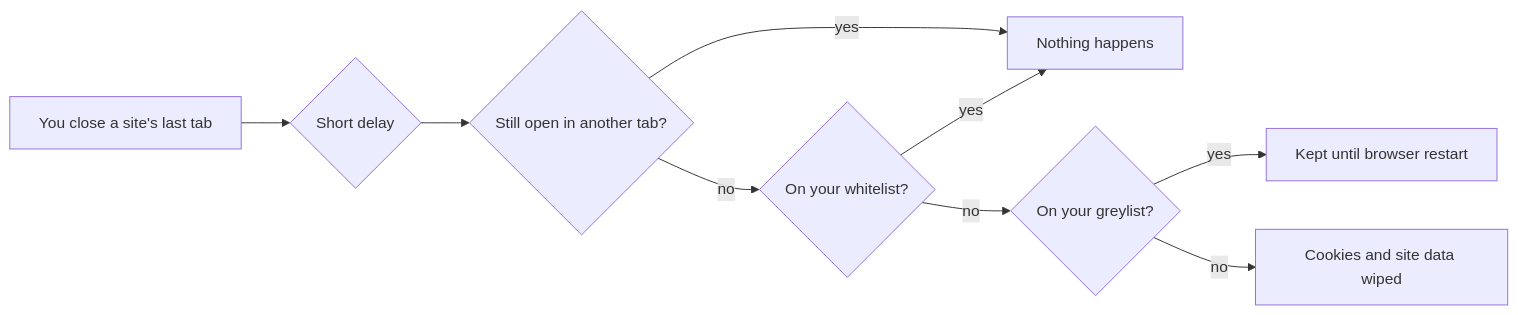
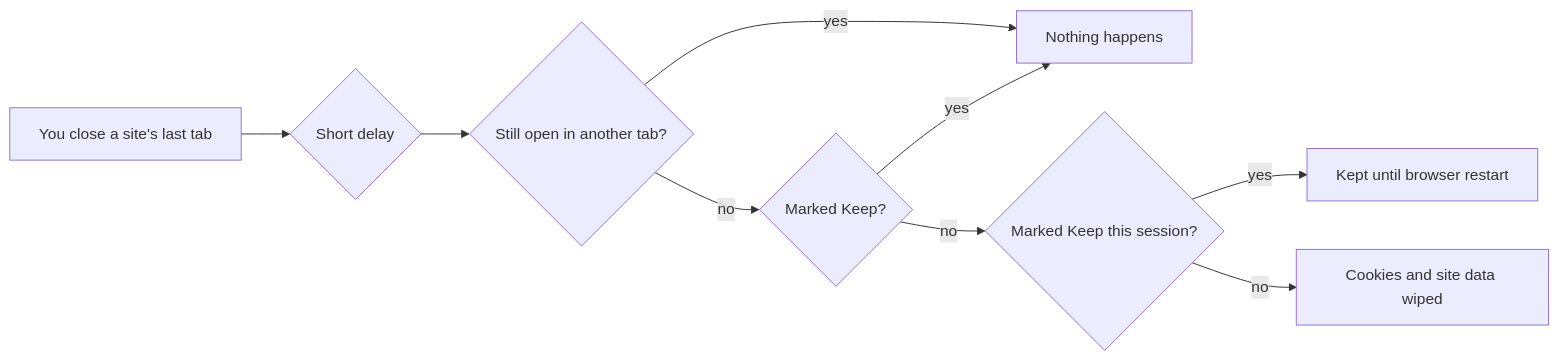
Before and after one commit to j127/auto_delete_cookies_for_privacy: the diagram in documentation/src/introduction.md, drawn with Mermaid. The commit also changed other lines of this file and 7 other files, not shown here.

````diff
--- a/documentation/src/introduction.md
+++ b/documentation/src/introduction.md
@@ -21,11 +21,11 @@
 ```mermaid
 flowchart LR
     A[You close a site's last tab] --> B{Short delay}
     B --> C{Still open in another tab?}
     C -- yes --> K[Nothing happens]
-    C -- no --> D{On your whitelist?}
+    C -- no --> D{Marked Keep?}
     D -- yes --> K
-    D -- no --> E{On your greylist?}
+    D -- no --> E{Marked Keep this session?}
     E -- yes --> F[Kept until browser restart]
     E -- no --> G[Cookies and site data wiped]
 ```
````
